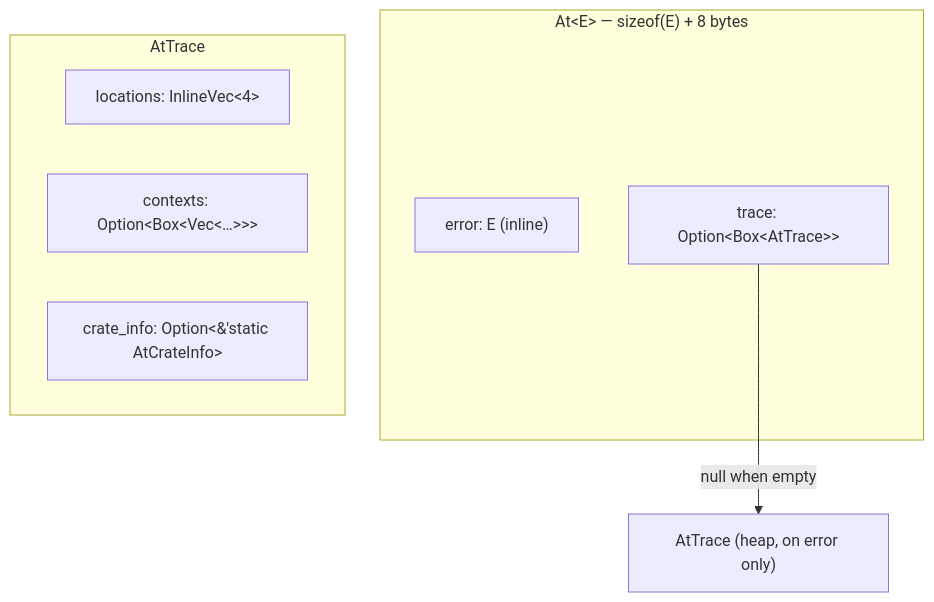
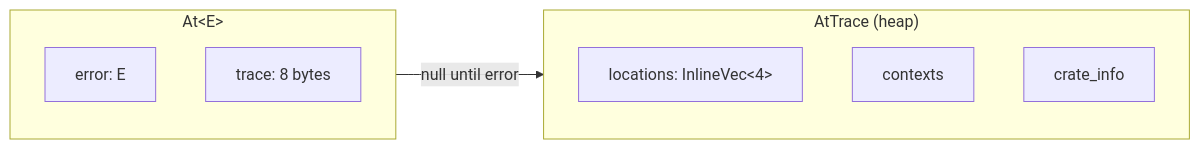
One commit to lilith/whereat changed the first of 2 diagrams in README.md. Above: the diagram before and after it, drawn with Mermaid.

Commit message:
docs: rework At<E> diagram — LR layout, compact boxes

````diff
--- a/README.md
+++ b/README.md
@@ -74,13 +74,15 @@
 ```mermaid
-graph TB
-    subgraph "At&lt;E&gt; — sizeof(E) + 8 bytes"
-        E["error: E (inline)"]
-        T["trace: Option&lt;Box&lt;AtTrace&gt;&gt;"]
+graph LR
+    subgraph "At&lt;E&gt;"
+        direction TB
+        E["error: E"]
+        T["trace: 8 bytes"]
     end
-    T -->|"null when empty"| Trace["AtTrace (heap, on error only)"]
-    subgraph "AtTrace"
+    T -->|"null until error"| Trace
+    subgraph Trace["AtTrace (heap)"]
+        direction TB
         L["locations: InlineVec&lt;4&gt;"]
-        C["contexts: Option&lt;Box&lt;Vec&lt;…&gt;&gt;&gt;"]
-        CI["crate_info: Option&lt;&'static AtCrateInfo&gt;"]
+        C["contexts"]
+        CI["crate_info"]
     end
 ```
````
